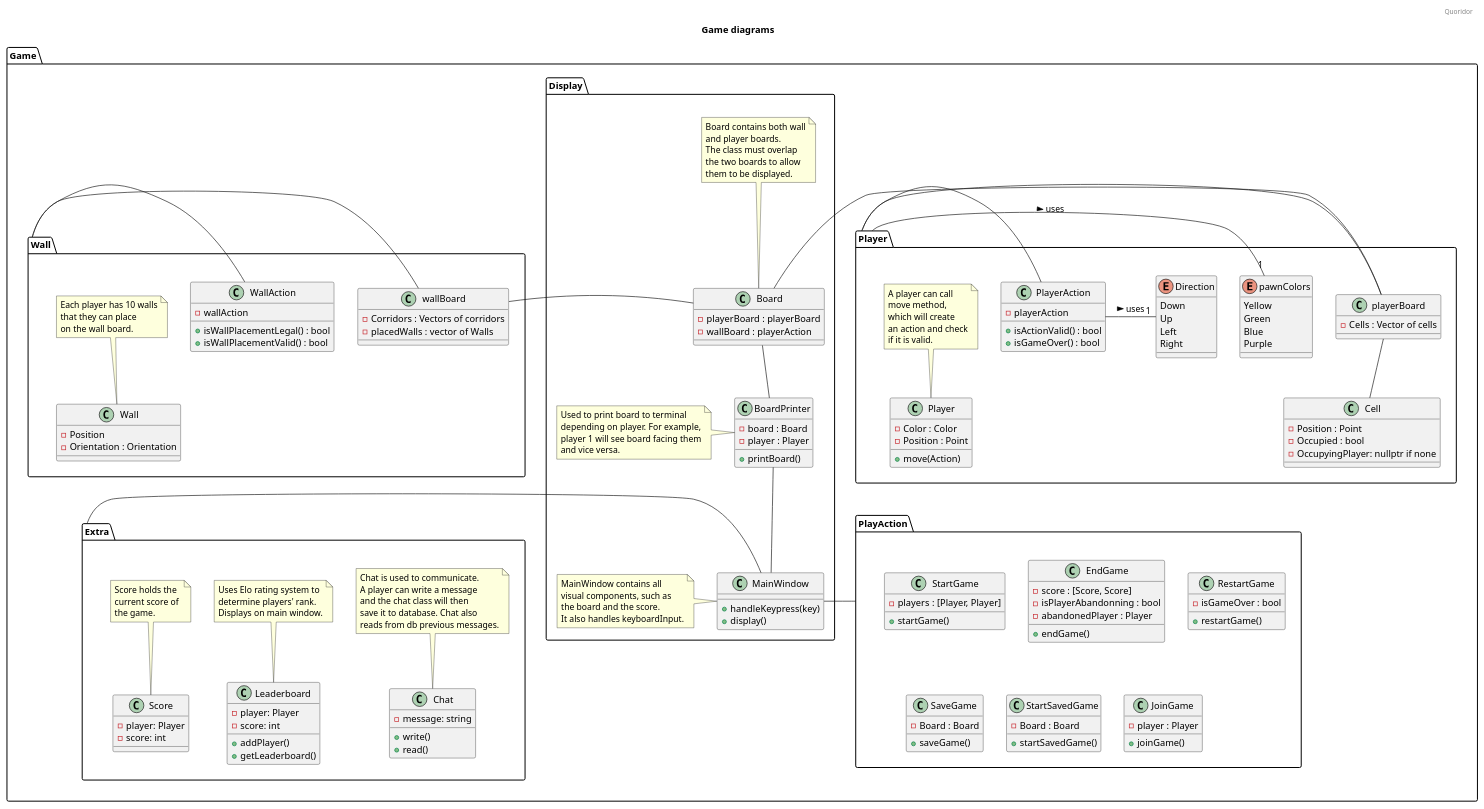
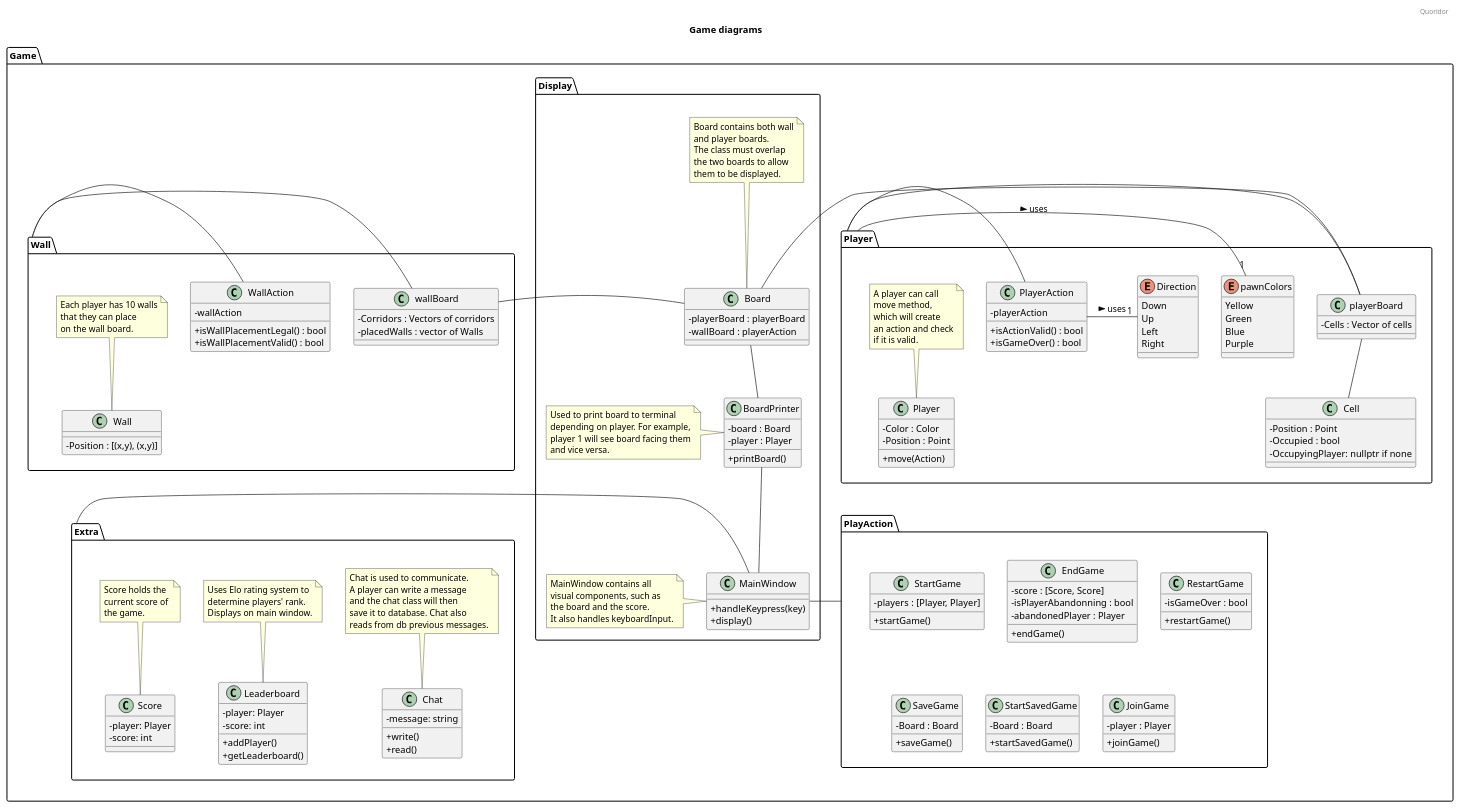
One commit to fnieri/Quoridor changed the diagram in UML_Diagrams/GameDiagrams.pu. Above: the diagram before and after it, drawn with PlantUML.

Commit message:
removed orientation from wall and added skinparam

```diff
--- a/UML_Diagrams/GameDiagrams.pu
+++ b/UML_Diagrams/GameDiagrams.pu
@@ -1,10 +1,10 @@
 @startuml GameDiagrams
+skinparam classAttributeIconSize 0
 
 header Quoridor
 title Game diagrams
 
 package Game {
-
 
 package Player {
     enum pawnColors {
@@ -167,8 +167,7 @@
 package Wall{
     class Wall{
     'Fields
-        - Position
-        - Orientation : Orientation
+        - Position : [(x,y), (x,y)]
     'Methods
 }
     class wallBoard {
```
